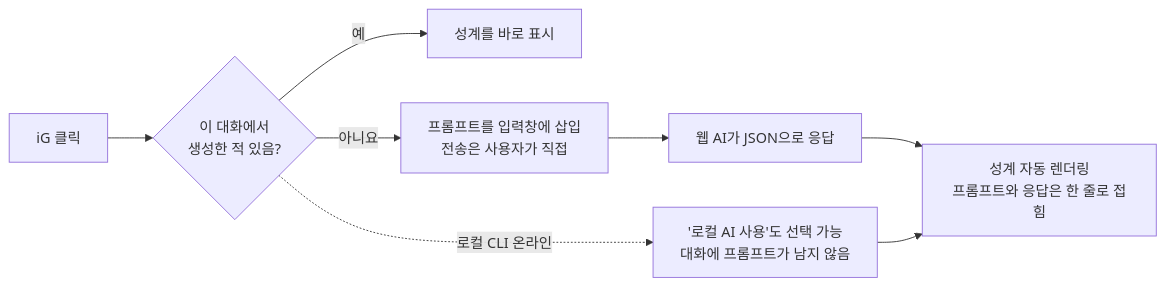
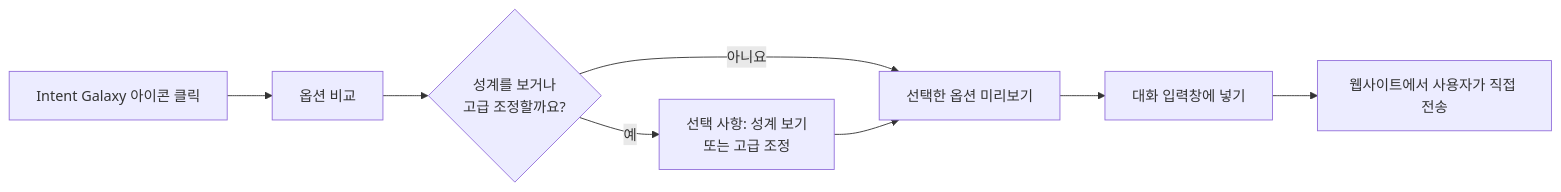
Before and after one commit to stephen-taipei/intent-galaxy: the fourth of 4 diagrams in README.ko.md, drawn with Mermaid. The commit also changed other lines of this file and 157 other files, not shown here.

````diff
--- a/README.ko.md
+++ b/README.ko.md
@@ -235,10 +237,10 @@
 ```mermaid
 flowchart LR
-    A["iG 클릭"] --> B{"이 대화에서<br/>생성한 적 있음?"}
-    B -- 예 --> C["성계를 바로 표시"]
-    B -- 아니요 --> D["프롬프트를 입력창에 삽입<br/>전송은 사용자가 직접"]
-    D --> E["웹 AI가 JSON으로 응답"]
-    E --> F["성계 자동 렌더링<br/>프롬프트와 응답은 한 줄로 접힘"]
-    B -. 로컬 CLI 온라인 .-> G["'로컬 AI 사용'도 선택 가능<br/>대화에 프롬프트가 남지 않음"]
-    G --> F
+    A["Intent Galaxy 아이콘 클릭"] --> B["옵션 비교"]
+    B --> C{"성계를 보거나<br/>고급 조정할까요?"}
+    C -- 예 --> D["선택 사항: 성계 보기<br/>또는 고급 조정"]
+    C -- 아니요 --> E["선택한 옵션 미리보기"]
+    D --> E
+    E --> F["대화 입력창에 넣기"]
+    F --> G["웹사이트에서 사용자가 직접 전송"]
 ```
````
